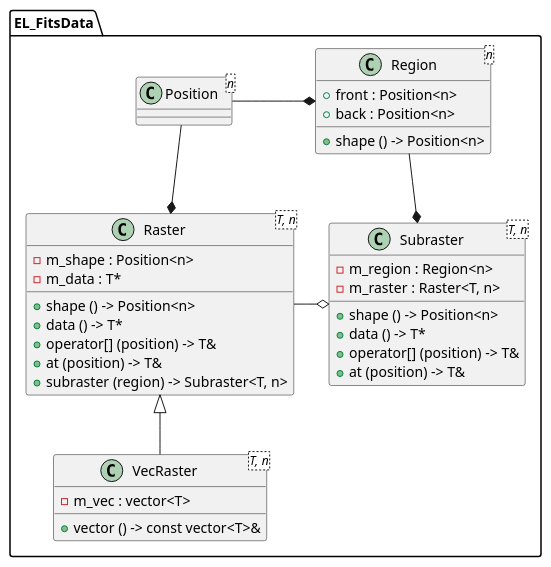
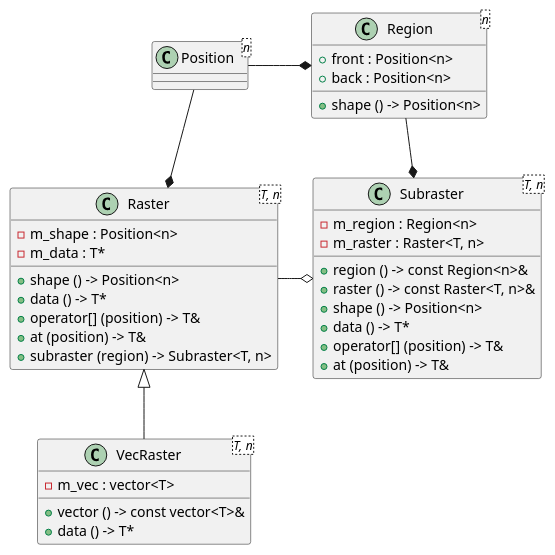
Before and after one commit to CNES/EleFits: the diagram in doc/diagrams/src/Raster.puml, drawn with PlantUML. The commit also changed 4 other files, not shown here.

```diff
--- a/doc/diagrams/src/Raster.puml
+++ b/doc/diagrams/src/Raster.puml
@@ -1,44 +1,43 @@
 @startuml
-package EL_FitsData {
-
 class Position<n> {
 }
 
 class Raster<T, n> {
 - m_shape : Position<n>
 - m_data : T*
 + shape () -> Position<n>
 + data () -> T*
 + operator[] (position) -> T&
 + at (position) -> T&
 + subraster (region) -> Subraster<T, n>
 }
 
 class VecRaster<T, n> {
 - m_vec : vector<T>
 + vector () -> const vector<T>&
++ data () -> T*
 }
 
 class Region<n> {
 + front : Position<n>
 + back : Position<n>
 + shape () -> Position<n>
 }
 
 class Subraster<T, n> {
 - m_region : Region<n>
 - m_raster : Raster<T, n>
++ region () -> const Region<n>&
++ raster () -> const Raster<T, n>&
 + shape () -> Position<n>
 + data () -> T*
 + operator[] (position) -> T&
 + at (position) -> T&
 }
 
 Raster <|-- VecRaster
 Position --* Raster
 Raster -o Subraster
 Region --* Subraster
 Position -* Region
-
-}
 @enduml
```
